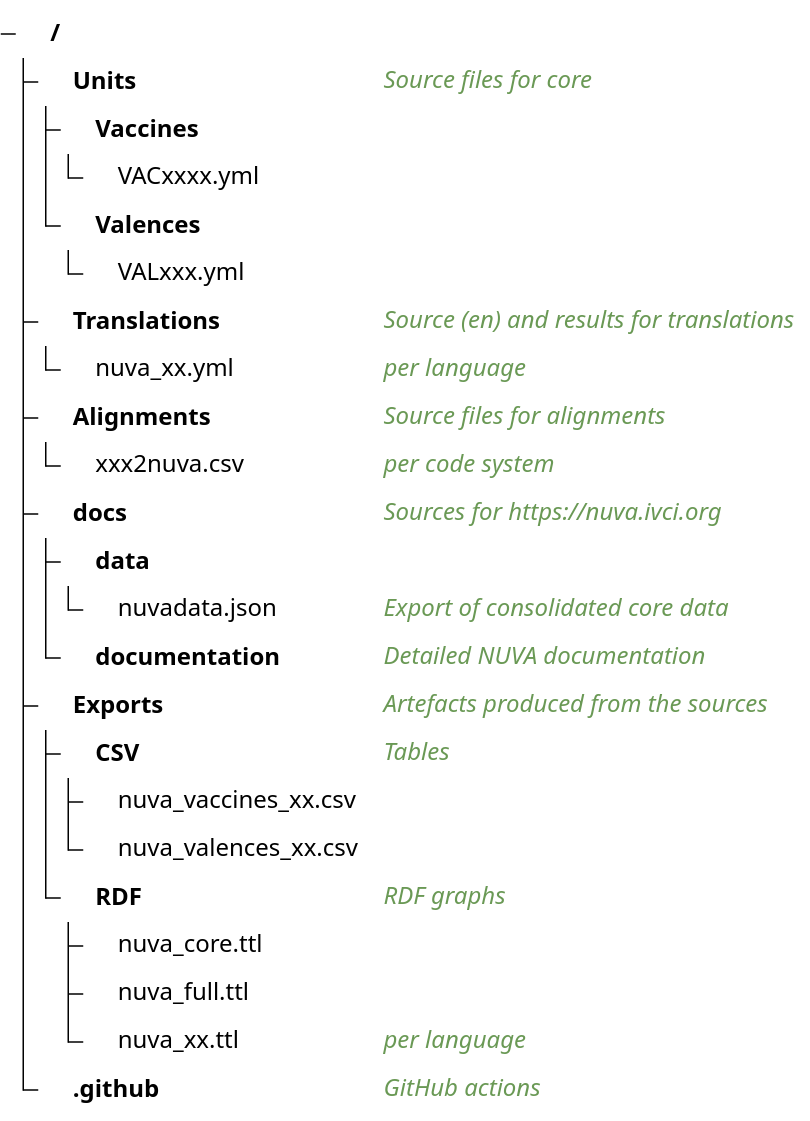
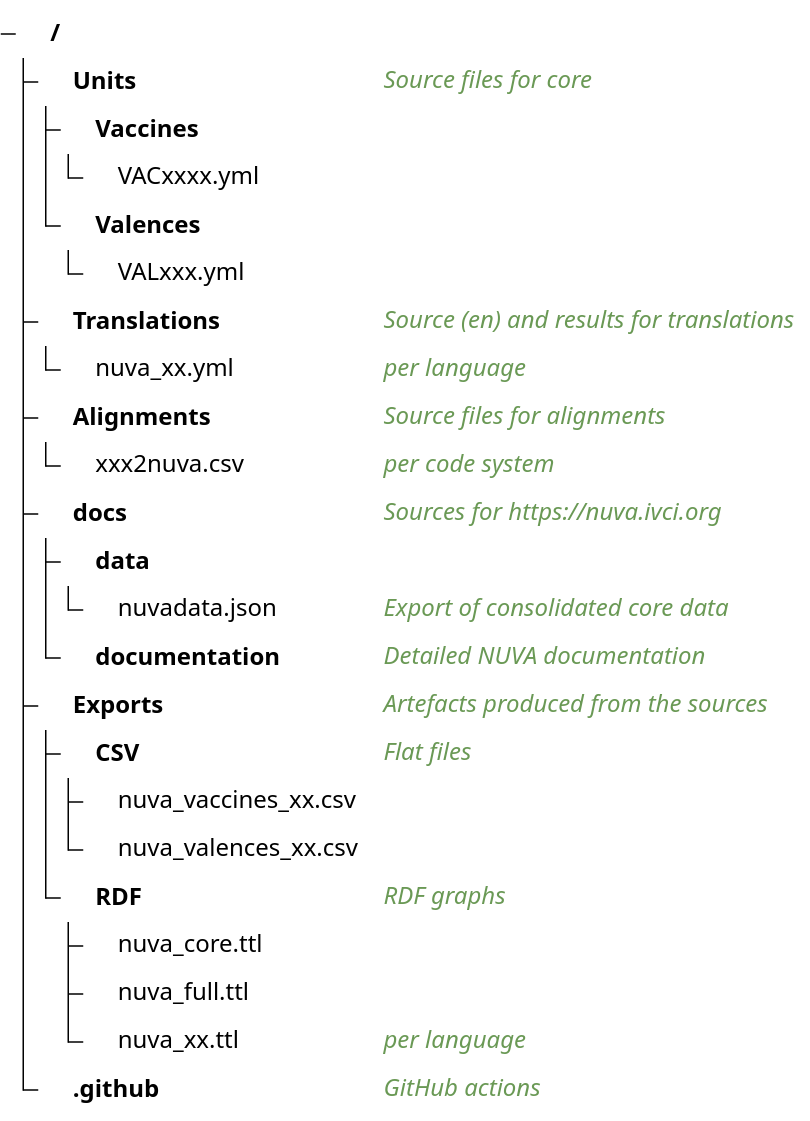
Before and after one commit to IVC-NUVA/NUVA: the diagram in docs/documentation/tools/github.md, drawn with Mermaid. The commit also changed other lines of this file and 3 other files, not shown here.

Commit message:
Adding workflow diagrams

````diff
--- a/docs/documentation/tools/github.md
+++ b/docs/documentation/tools/github.md
@@ -16,30 +16,30 @@
 ```mermaid
 ---
 config:
   treeView:
     showIcons: true
 ---
 treeView-beta
 Units/         ## Source files for core
   Vaccines/
     VACxxxx.yml
   Valences/
     VALxxx.yml
 Translations/   ## Source (en) and results for translations
   nuva_xx.yml   ## per language
 Alignments/     ## Source files for alignments
    xxx2nuva.csv  ## per code system
 docs/           ## Sources for https://nuva.ivci.org
   data/         
     nuvadata.json ## Export of consolidated core data
   documentation/ ## Detailed NUVA documentation
 Exports/        ## Artefacts produced from the sources
-  CSV/          ## Tables
+  CSV/          ## Flat files
     nuva_vaccines_xx.csv
     nuva_valences_xx.csv	
   RDF/          ## RDF graphs
     nuva_core.ttl
     nuva_full.ttl
     nuva_xx.ttl     ## per language
 .github/        ## GitHub actions
 ```
````
